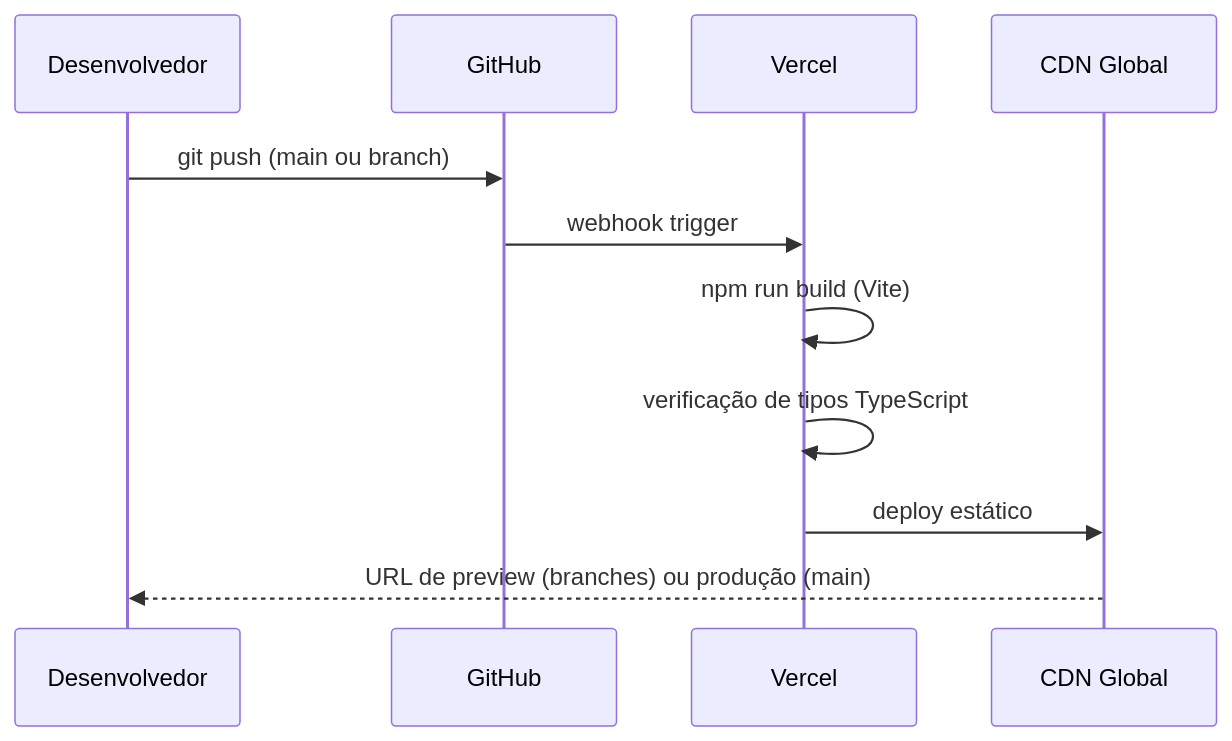
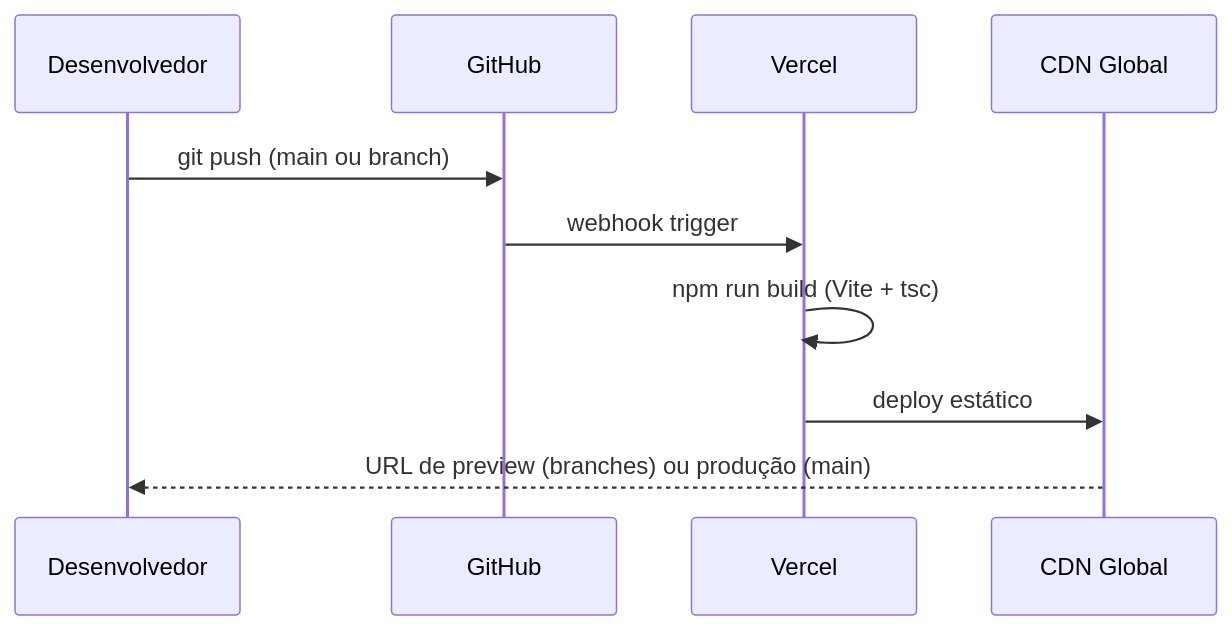
The second of 2 diagrams in docs/TECH_STACK.md (tiagondim-cpu/epr-info-hub), drawn with Mermaid before and after one commit. The commit also changed other lines of this file and 18 other files, not shown here.

````diff
--- a/docs/TECH_STACK.md
+++ b/docs/TECH_STACK.md
@@ -210,14 +190,13 @@
 ```mermaid
 sequenceDiagram
     participant Dev as Desenvolvedor
     participant GH as GitHub
     participant V as Vercel
     participant CDN as CDN Global
 
     Dev->>GH: git push (main ou branch)
     GH->>V: webhook trigger
-    V->>V: npm run build (Vite)
-    V->>V: verificação de tipos TypeScript
+    V->>V: npm run build (Vite + tsc)
     V->>CDN: deploy estático
     CDN-->>Dev: URL de preview (branches) ou produção (main)
 ```
````
